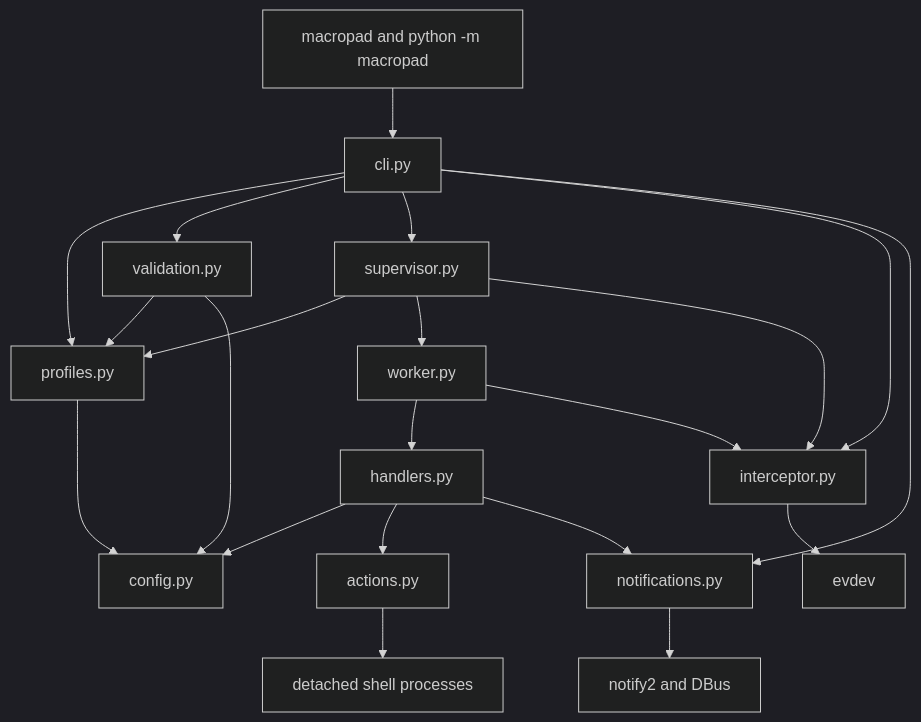
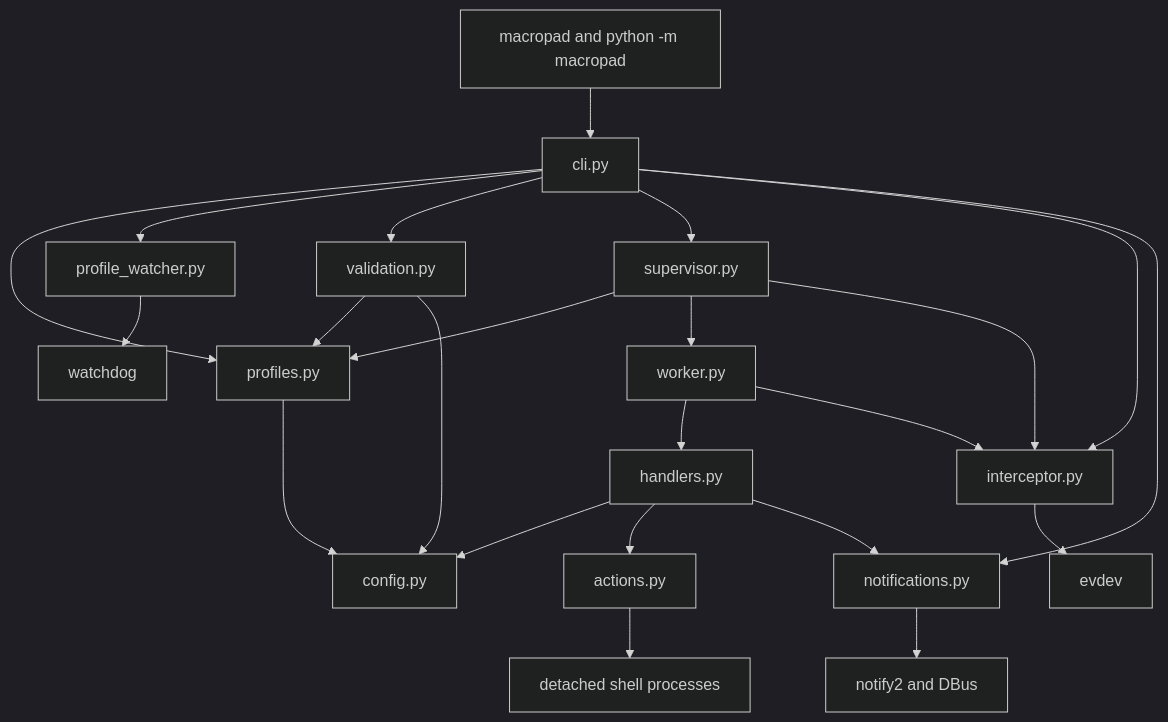
One commit to rafaelglikis/macropad changed the first of 3 diagrams in src/macropad/README.md. Above: the diagram before and after it, drawn with Mermaid (dark theme). The commit also changed other lines of this file and 9 other files, not shown here.

````diff
--- a/src/macropad/README.md
+++ b/src/macropad/README.md
@@ -30,28 +31,30 @@
 ```mermaid
 flowchart TD
     Entrypoints[macropad and python -m macropad] --> CLI[cli.py]
     CLI --> Profiles[profiles.py]
+    CLI --> ProfileWatcher[profile_watcher.py]
     CLI --> Validation[validation.py]
     CLI --> Supervisor[supervisor.py]
     CLI --> Interceptor[interceptor.py]
     CLI --> Notifications[notifications.py]
 
     Supervisor --> Profiles
     Supervisor --> Worker[worker.py]
     Supervisor --> Interceptor
 
     Validation --> Profiles
     Validation --> Config
     Profiles --> Config[config.py]
+    ProfileWatcher --> Watchdog[watchdog]
 
     Worker --> Handler[handlers.py]
     Worker --> Interceptor
 
     Handler --> Config
     Handler --> Actions[actions.py]
     Handler --> Notifications
 
     Interceptor --> Evdev[evdev]
     Actions --> Shell[detached shell processes]
     Notifications --> Notify2[notify2 and DBus]
 ```
````
